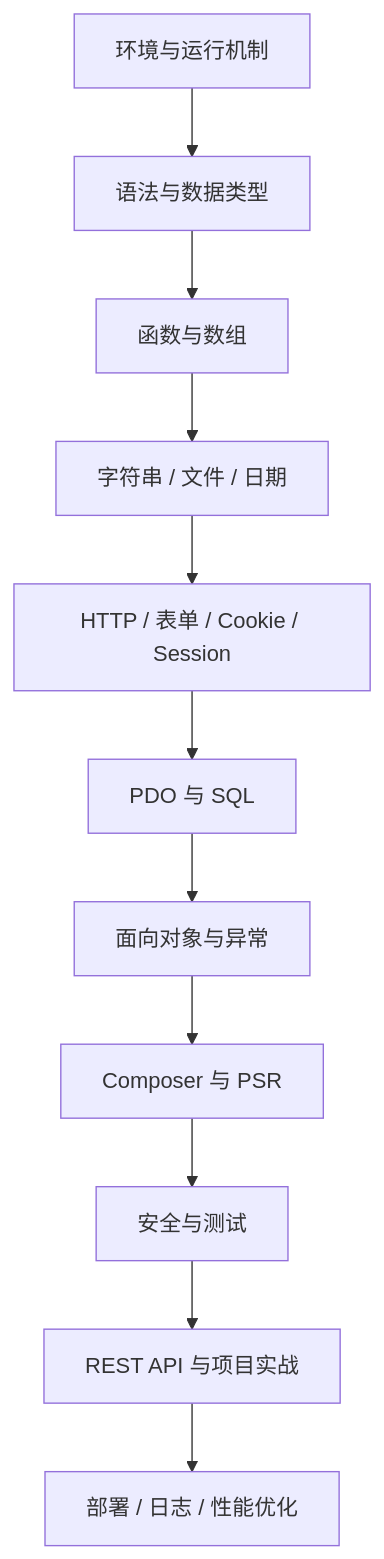
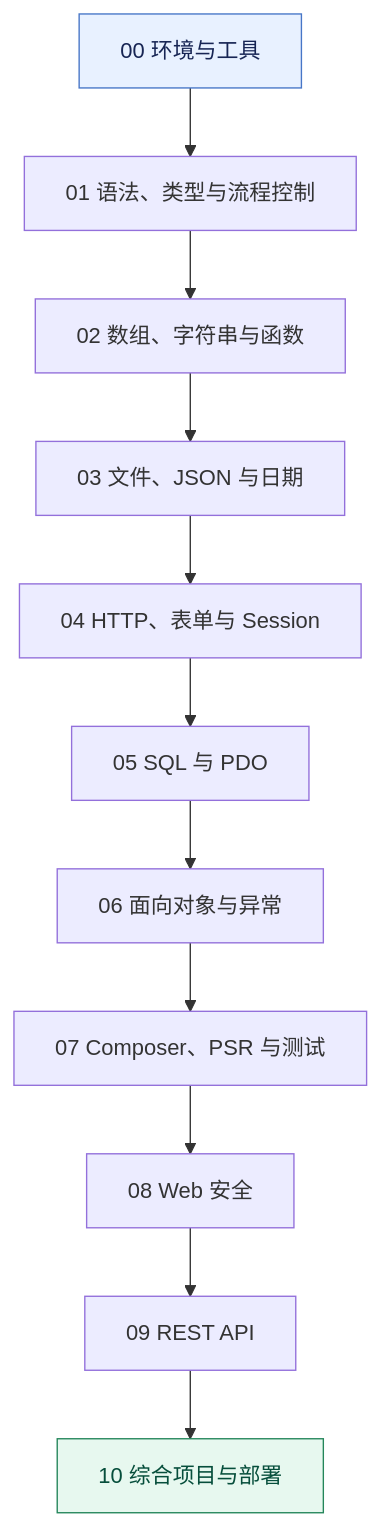
The first of 3 diagrams in README.md (ilikui/PHP), drawn with Mermaid before and after one commit. The commit also changed other lines of this file, not shown here.

````diff
--- a/README.md
+++ b/README.md
@@ -25,13 +38,15 @@
 ```mermaid
 flowchart TD
-    A[环境与运行机制] --> B[语法与数据类型]
-    B --> C[函数与数组]
-    C --> D[字符串 / 文件 / 日期]
-    D --> E[HTTP / 表单 / Cookie / Session]
-    E --> F[PDO 与 SQL]
-    F --> G[面向对象与异常]
-    G --> H[Composer 与 PSR]
-    H --> I[安全与测试]
-    I --> J[REST API 与项目实战]
-    J --> K[部署 / 日志 / 性能优化]
+    A["00 环境与工具"] --> B["01 语法、类型与流程控制"]
+    B --> C["02 数组、字符串与函数"]
+    C --> D["03 文件、JSON 与日期"]
+    D --> E["04 HTTP、表单与 Session"]
+    E --> F["05 SQL 与 PDO"]
+    F --> G["06 面向对象与异常"]
+    G --> H["07 Composer、PSR 与测试"]
+    H --> I["08 Web 安全"]
+    I --> J["09 REST API"]
+    J --> K["10 综合项目与部署"]
+    style A fill:#E8F1FF,stroke:#4776C7,color:#172554
+    style K fill:#E7F8EF,stroke:#24865B,color:#064E3B
 ```
````
